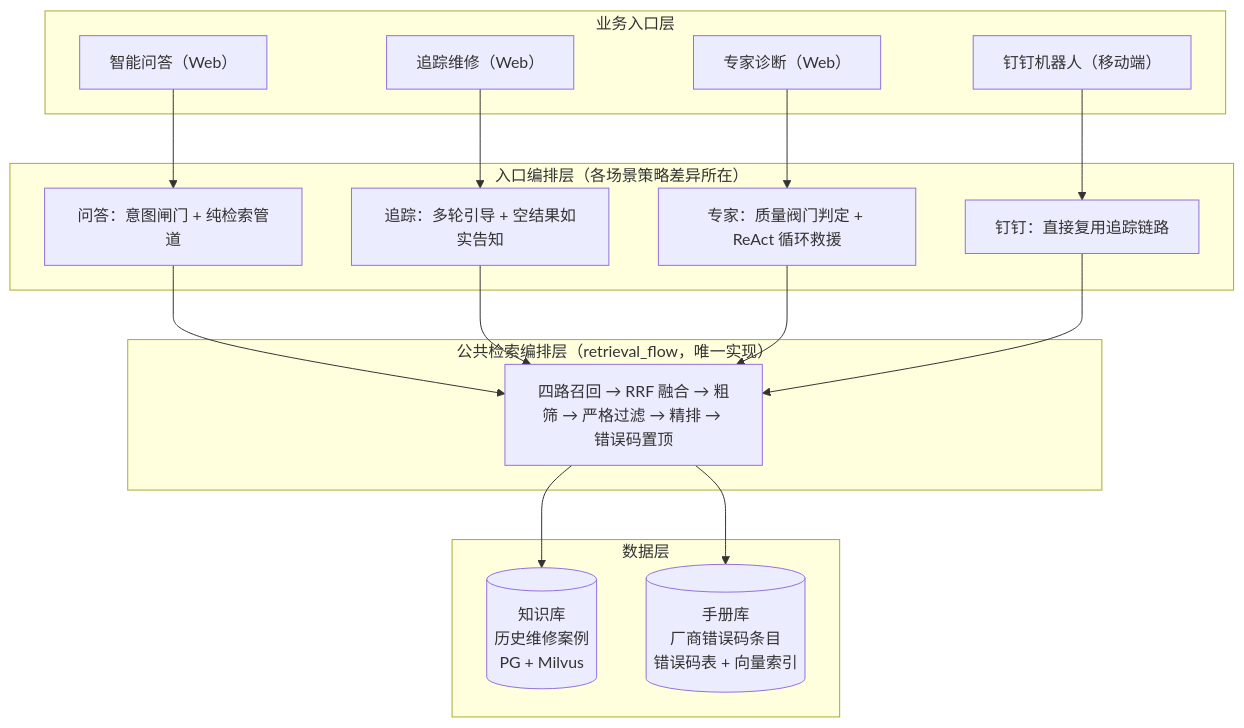
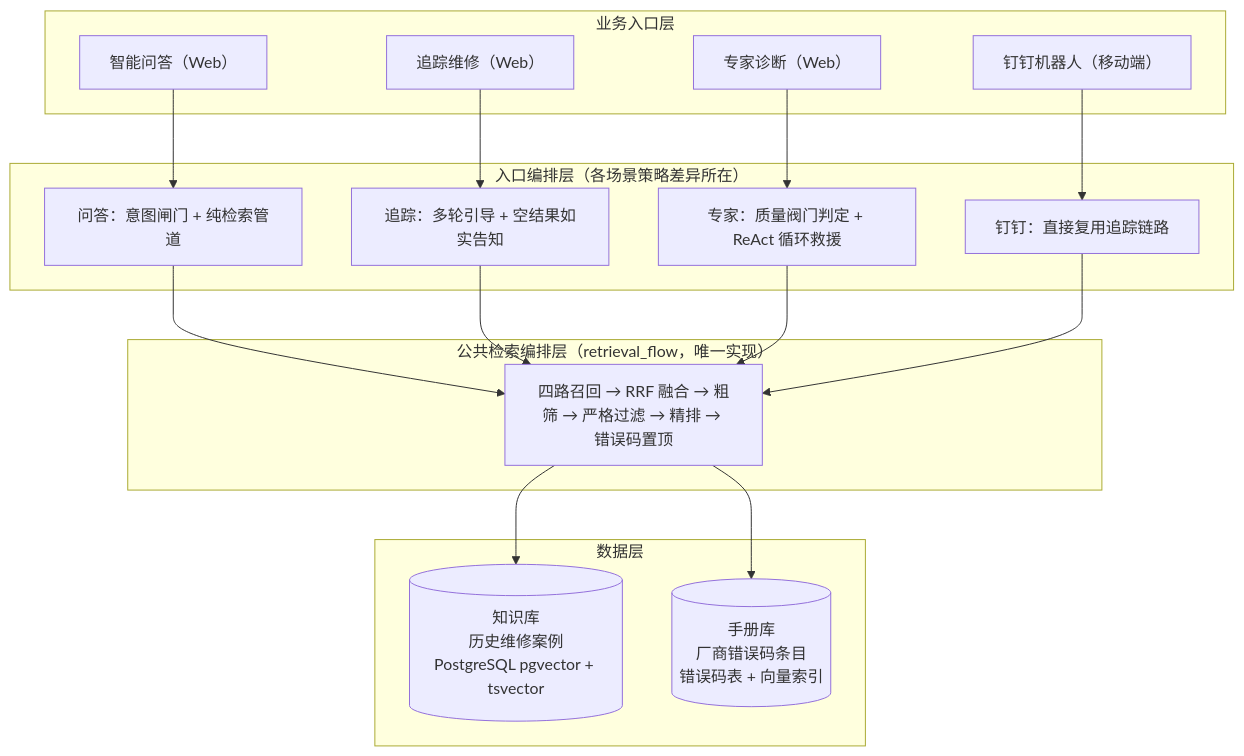
The first of 9 diagrams in 项目说明/检索链路讲解稿_含钉钉模块.md (SHUN-EI/Car-Repair-System), drawn with Mermaid before and after one commit. The commit also changed other lines of this file and 34 other files, not shown here.

````diff
--- a/项目说明/检索链路讲解稿_含钉钉模块.md
+++ b/项目说明/检索链路讲解稿_含钉钉模块.md
@@ -51,36 +51,36 @@
 ```mermaid
 flowchart TD
     subgraph ENTRY["业务入口层"]
         QA["智能问答（Web）"]
         TRACK["追踪维修（Web）"]
         EXPERT["专家诊断（Web）"]
         DING["钉钉机器人（移动端）"]
     end
 
     subgraph ORCH["入口编排层（各场景策略差异所在）"]
         O1["问答：意图闸门 + 纯检索管道"]
         O2["追踪：多轮引导 + 空结果如实告知"]
         O3["专家：质量阀门判定 + ReAct 循环救援"]
         O4["钉钉：直接复用追踪链路"]
     end
 
     subgraph FLOW["公共检索编排层（retrieval_flow，唯一实现）"]
         CORE["四路召回 → RRF 融合 → 粗筛 → 严格过滤 → 精排 → 错误码置顶"]
     end
 
     subgraph DATA["数据层"]
-        KB[("知识库<br/>历史维修案例<br/>PG + Milvus")]
+        KB[("知识库<br/>历史维修案例<br/>PostgreSQL pgvector + tsvector")]
         MB[("手册库<br/>厂商错误码条目<br/>错误码表 + 向量索引")]
     end
 
     QA --> O1
     TRACK --> O2
     EXPERT --> O3
     DING --> O4
     O1 --> CORE
     O2 --> CORE
     O3 --> CORE
     O4 --> CORE
     CORE --> KB
     CORE --> MB
 ```
````
